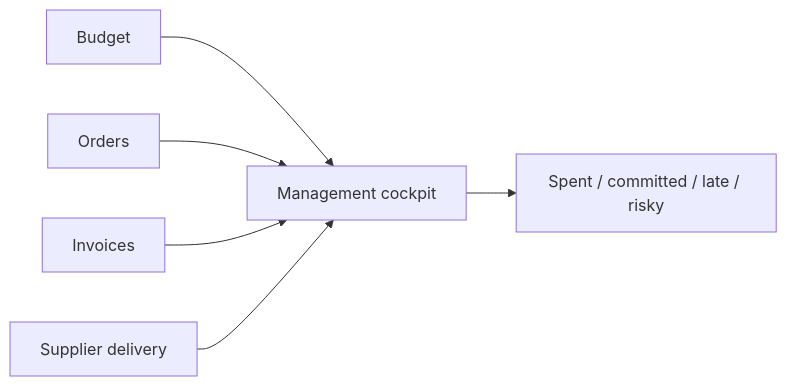
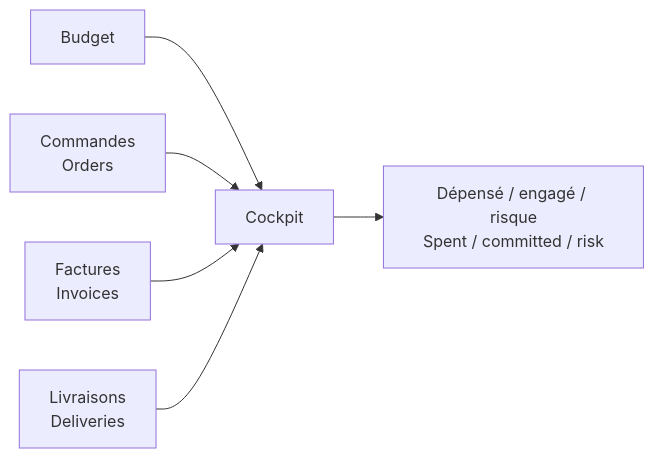
Before and after one commit to jeffersonkuku/powerbi-portfolio-projects: the first of 3 diagrams in powerbi-procurement-financial-control-tower/README.md, drawn with Mermaid. The commit also changed other lines of this file and 4 other files, not shown here.

````diff
--- a/powerbi-procurement-financial-control-tower/README.md
+++ b/powerbi-procurement-financial-control-tower/README.md
@@ -15,8 +16,8 @@
 ```mermaid
 flowchart LR
-    A[Budget] --> E[Management cockpit]
-    B[Orders] --> E
-    C[Invoices] --> E
-    D[Supplier delivery] --> E
-    E --> F[Spent / committed / late / risky]
+    A[Budget] --> E[Cockpit]
+    B[Commandes<br/>Orders] --> E
+    C[Factures<br/>Invoices] --> E
+    D[Livraisons<br/>Deliveries] --> E
+    E --> F[Dépensé / engagé / risque<br/>Spent / committed / risk]
 ```
````
